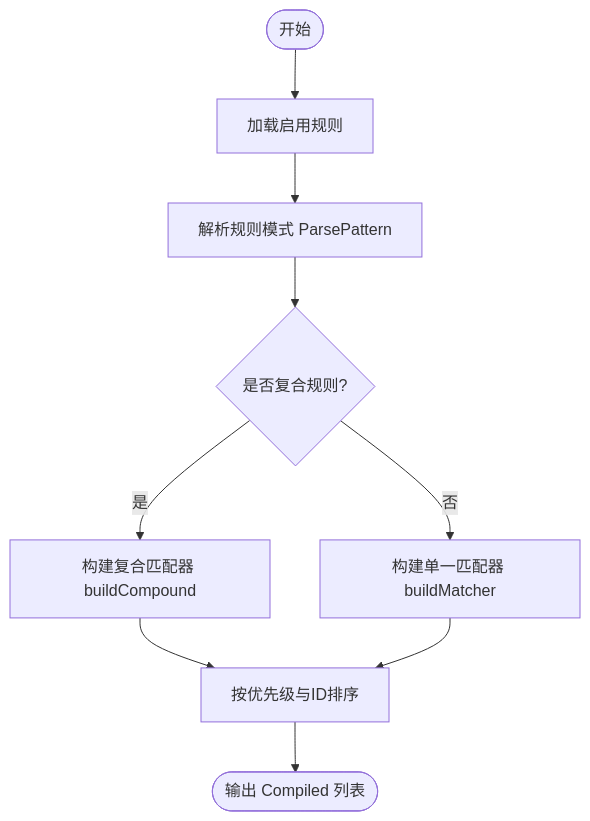
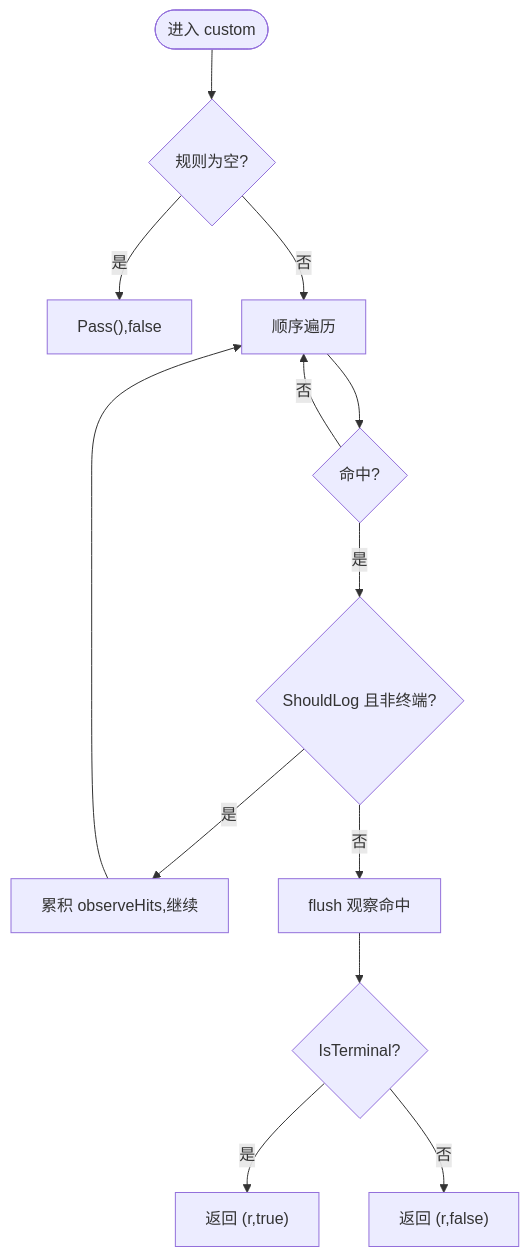
Before and after one commit to x01n/My-OpenWaf: the second of 4 diagrams in docs/WAF 引擎系统/处理阶段详解/自定义规则阶段.md, drawn with Mermaid. The commit also changed other lines of this file and 622 other files, not shown here.

````diff
--- a/docs/WAF 引擎系统/处理阶段详解/自定义规则阶段.md
+++ b/docs/WAF 引擎系统/处理阶段详解/自定义规则阶段.md
@@ -172,11 +118,15 @@
 ```mermaid
 flowchart TD
-Start(["开始"]) --> Load["加载启用规则"]
-Load --> Parse["解析规则模式 ParsePattern"]
-Parse --> Kind{"是否复合规则?"}
-Kind --> |是| BuildCompound["构建复合匹配器 buildCompound"]
-Kind --> |否| BuildSingle["构建单一匹配器 buildMatcher"]
-BuildCompound --> Sort["按优先级与ID排序"]
-BuildSingle --> Sort
-Sort --> Out(["输出 Compiled 列表"])
+Start(["进入 custom"]) --> Empty{"规则为空?"}
+Empty --> |是| Pass["Pass(),false"]
+Empty --> |否| Loop["顺序遍历"]
+Loop --> M{"命中?"}
+M --> |否| Loop
+M --> |是| IsObs{"ShouldLog 且非终端?"}
+IsObs --> |是| Acc["累积 observeHits,继续"]
+Acc --> Loop
+IsObs --> |否| Flush["flush 观察命中"]
+Flush --> Term{"IsTerminal?"}
+Term --> |是| Stop["返回 (r,true)"]
+Term --> |否| Cont["返回 (r,false)"]
 ```
````
